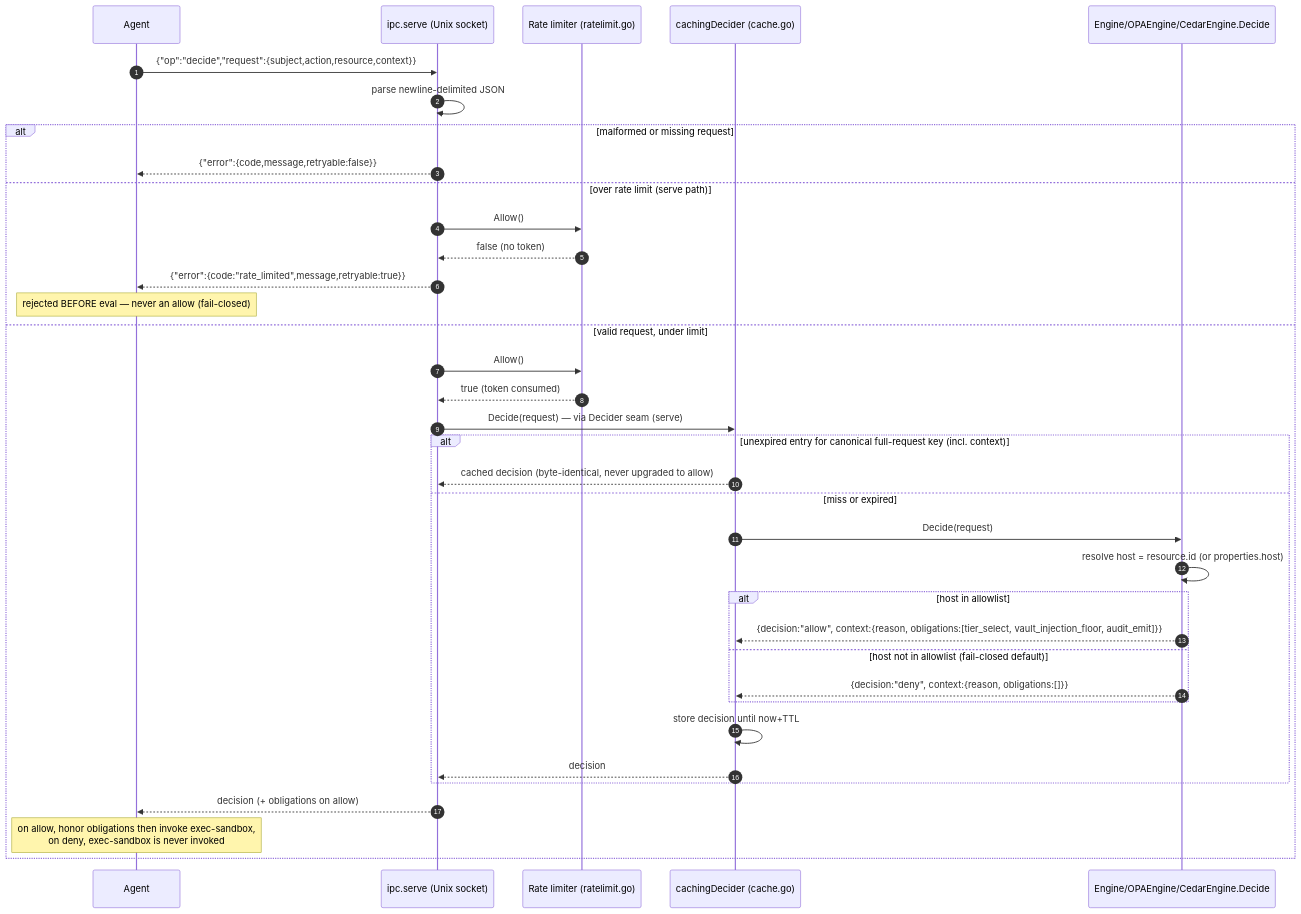
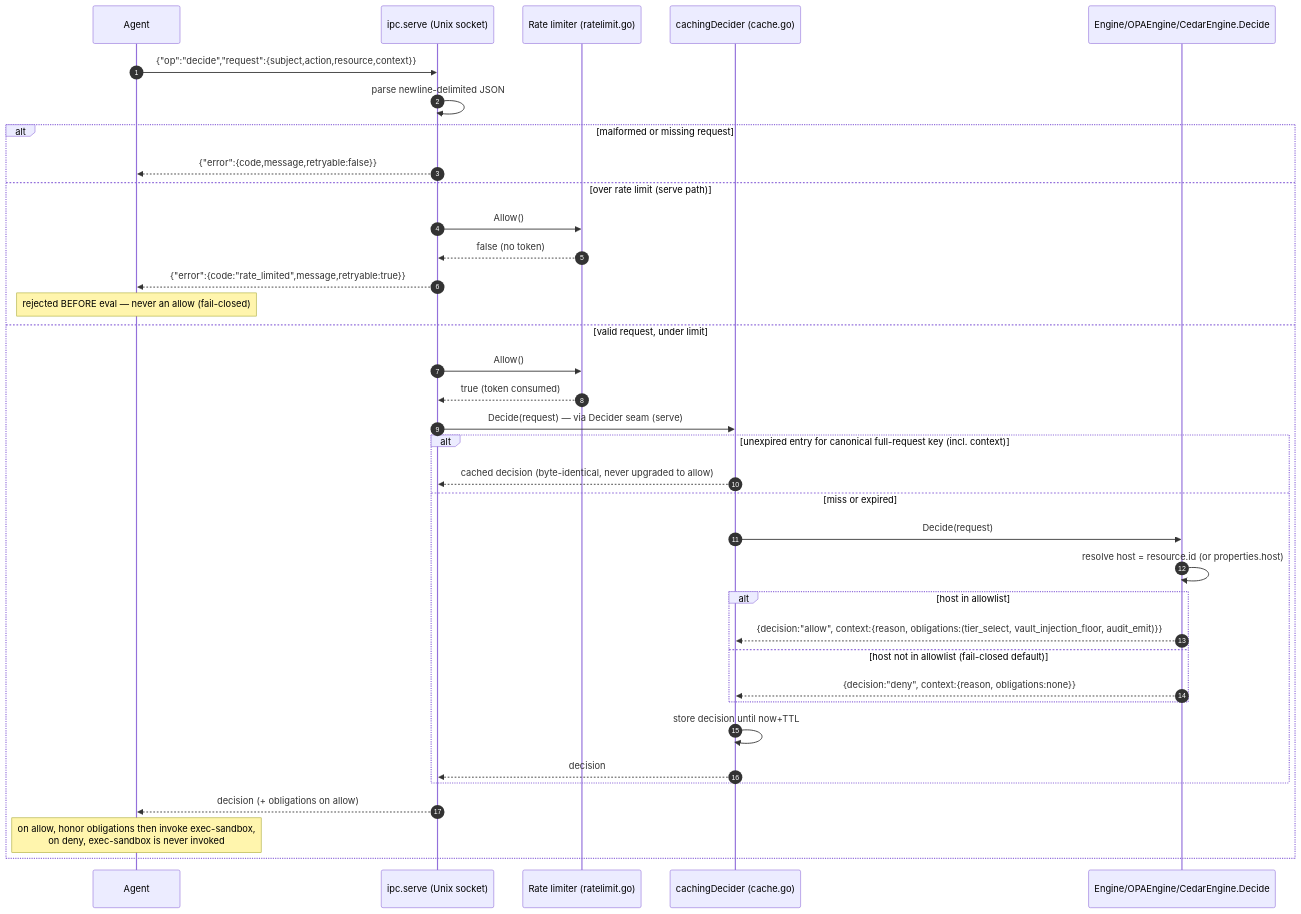
Before and after one commit to tkdtaylor/policy-engine: the third of 3 diagrams in docs/architecture/diagrams.md, drawn with Mermaid.

Commit message:
docs: fix Mermaid diagrams so GitHub renders — brackets/parens in sequence messages + edge labels the new linter caught [allow-main]

````diff
--- a/docs/architecture/diagrams.md
+++ b/docs/architecture/diagrams.md
@@ -99,39 +99,39 @@
 ```mermaid
 sequenceDiagram
     autonumber
     participant Agent
     participant IPC as ipc.serve (Unix socket)
     participant RL as Rate limiter (ratelimit.go)
     participant Cache as cachingDecider (cache.go)
     participant Engine as Engine/OPAEngine/CedarEngine.Decide
 
     Agent->>IPC: {"op":"decide","request":{subject,action,resource,context}}
     IPC->>IPC: parse newline-delimited JSON
     alt malformed or missing request
         IPC-->>Agent: {"error":{code,message,retryable:false}}
     else over rate limit (serve path)
         IPC->>RL: Allow()
         RL-->>IPC: false (no token)
         IPC-->>Agent: {"error":{code:"rate_limited",message,retryable:true}}
         Note over Agent: rejected BEFORE eval — never an allow (fail-closed)
     else valid request, under limit
         IPC->>RL: Allow()
         RL-->>IPC: true (token consumed)
         IPC->>Cache: Decide(request) — via Decider seam (serve)
         alt unexpired entry for canonical full-request key (incl. context)
             Cache-->>IPC: cached decision (byte-identical, never upgraded to allow)
         else miss or expired
             Cache->>Engine: Decide(request)
             Engine->>Engine: resolve host = resource.id (or properties.host)
             alt host in allowlist
-                Engine-->>Cache: {decision:"allow", context:{reason, obligations:[tier_select, vault_injection_floor, audit_emit]}}
+                Engine-->>Cache: {decision:"allow", context:{reason, obligations:(tier_select, vault_injection_floor, audit_emit)}}
             else host not in allowlist (fail-closed default)
-                Engine-->>Cache: {decision:"deny", context:{reason, obligations:[]}}
+                Engine-->>Cache: {decision:"deny", context:{reason, obligations:none}}
             end
             Cache->>Cache: store decision until now+TTL
             Cache-->>IPC: decision
         end
         IPC-->>Agent: decision (+ obligations on allow)
         Note over Agent: on allow, honor obligations then invoke exec-sandbox,<br/>on deny, exec-sandbox is never invoked
     end
 ```
````
